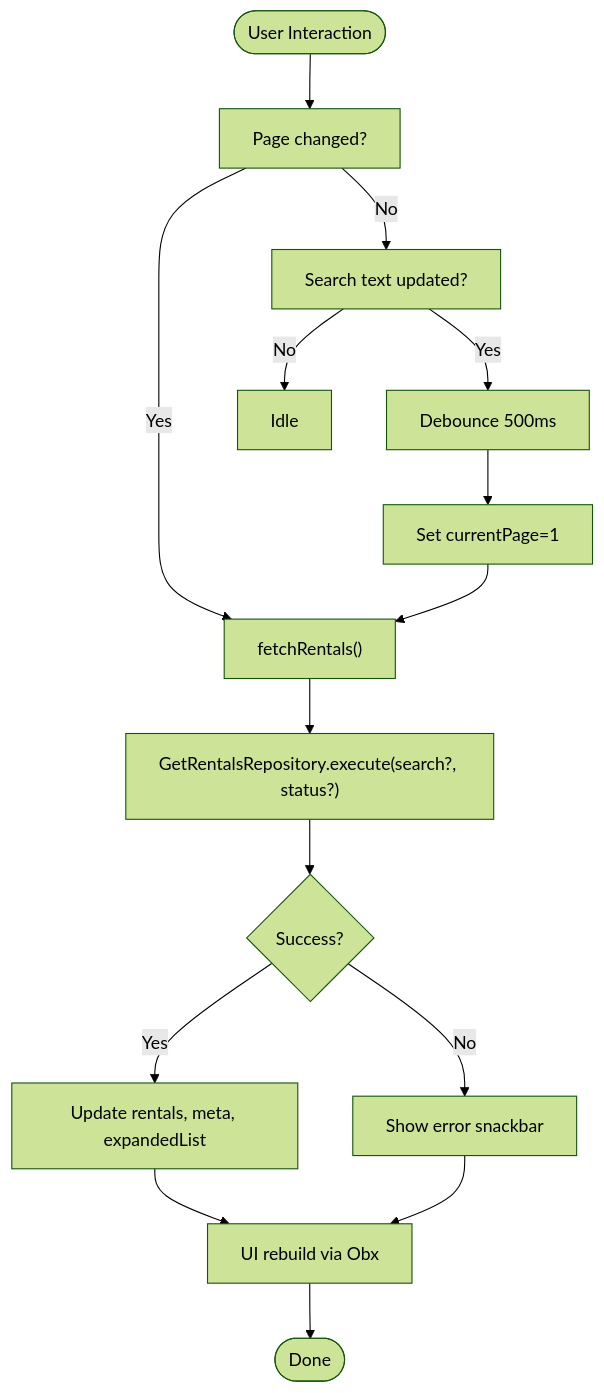
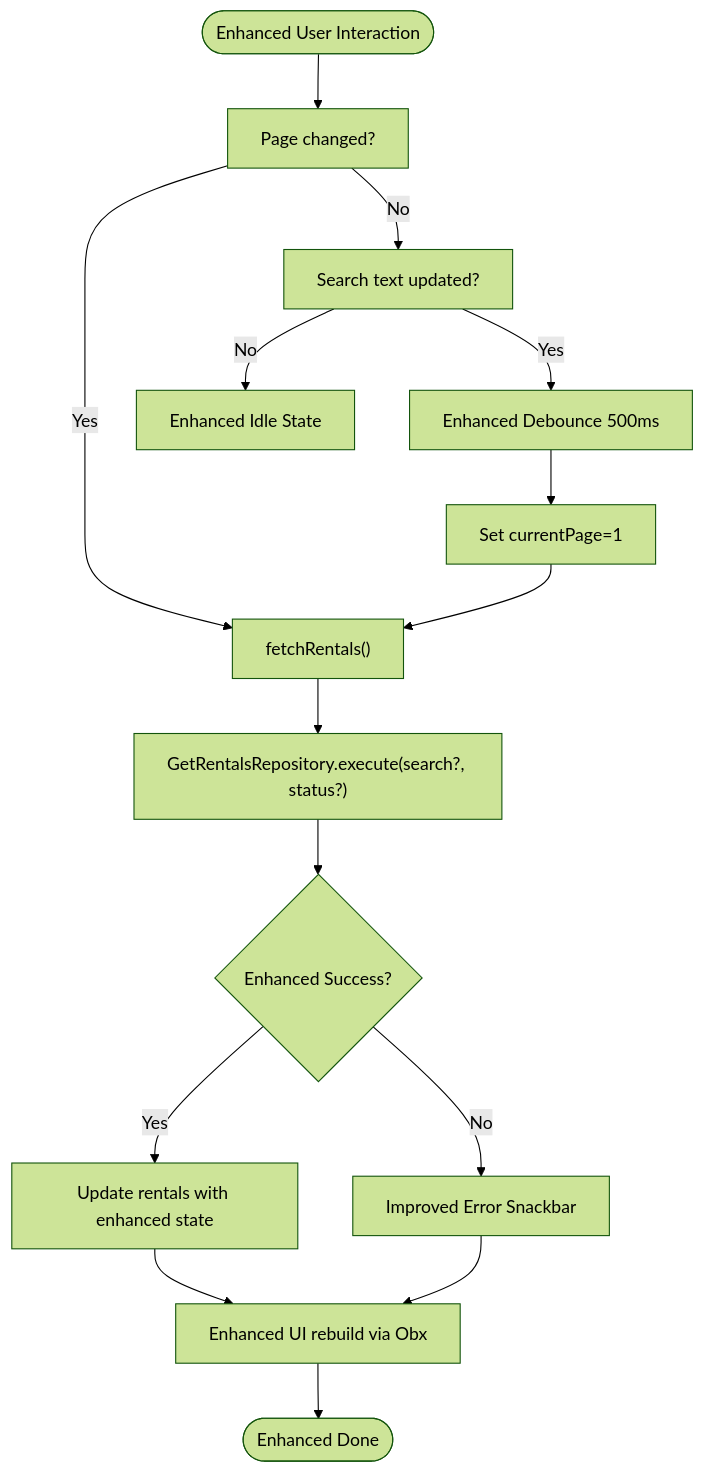
Before and after one commit to Ariful3111/FurniGo: the third of 8 diagrams in .qoder/repowiki/en/content/Business Operations/Rental System.md, drawn with Mermaid (forest theme). The commit also changed other lines of this file and 9 other files, not shown here.

````diff
--- a/.qoder/repowiki/en/content/Business Operations/Rental System.md
+++ b/.qoder/repowiki/en/content/Business Operations/Rental System.md
@@ -170,17 +185,17 @@
 ```mermaid
 flowchart TD
-Start(["User Interaction"]) --> PageChange["Page changed?"]
+Start(["Enhanced User Interaction"]) --> PageChange["Page changed?"]
 PageChange --> |Yes| Fetch["fetchRentals()"]
 PageChange --> |No| SearchChange["Search text updated?"]
-SearchChange --> |Yes| Debounce["Debounce 500ms"]
+SearchChange --> |Yes| Debounce["Enhanced Debounce 500ms"]
 Debounce --> ResetPage["Set currentPage=1"]
 ResetPage --> Fetch
-SearchChange --> |No| Wait["Idle"]
+SearchChange --> |No| Wait["Enhanced Idle State"]
 Fetch --> RepoCall["GetRentalsRepository.execute(search?, status?)"]
-RepoCall --> Result{"Success?"}
-Result --> |Yes| UpdateState["Update rentals, meta, expandedList"]
-Result --> |No| ShowError["Show error snackbar"]
-UpdateState --> Render["UI rebuild via Obx"]
+RepoCall --> Result{"Enhanced Success?"}
+Result --> |Yes| UpdateState["Update rentals with enhanced state"]
+Result --> |No| ShowError["Improved Error Snackbar"]
+UpdateState --> Render["Enhanced UI rebuild via Obx"]
 ShowError --> Render
-Render --> End(["Done"])
+Render --> End(["Enhanced Done"])
 ```
````
